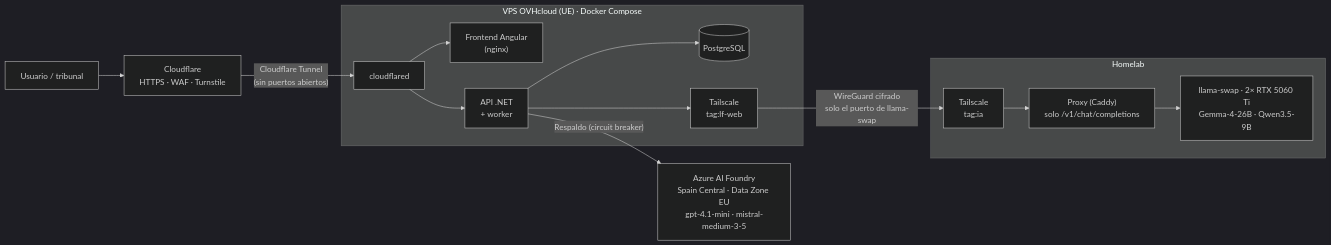
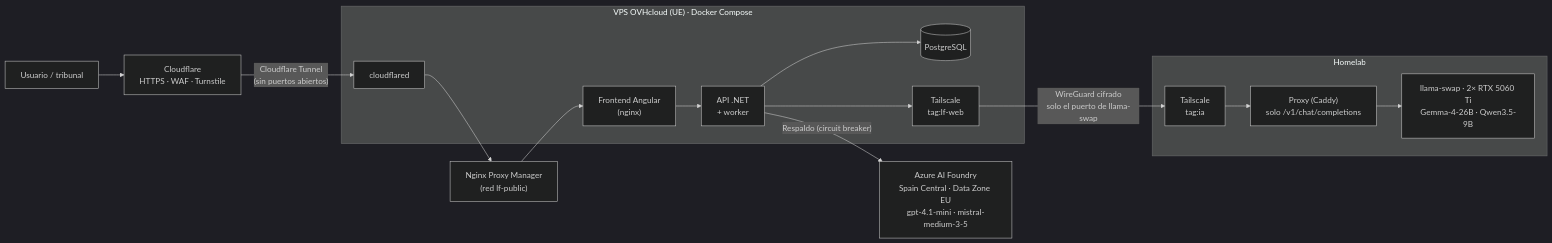
Before and after one commit to DavidMartinCasas/lectura-facil-ia: diagram 13 of 19 in docs/TFM-Lectura-Facil.md, drawn with Mermaid (dark theme). The commit also changed other lines of this file and 33 other files, not shown here.

````diff
--- a/docs/TFM-Lectura-Facil.md
+++ b/docs/TFM-Lectura-Facil.md
@@ -706,29 +706,30 @@
 ```mermaid
 flowchart LR
     user["Usuario / tribunal"] --> cf["Cloudflare<br/>HTTPS · WAF · Turnstile"]
     cf -- "Cloudflare Tunnel<br/>(sin puertos abiertos)" --> cfd
 
     subgraph ovh["VPS OVHcloud (UE) · Docker Compose"]
         cfd["cloudflared"]
         fe["Frontend Angular<br/>(nginx)"]
         be["API .NET<br/>+ worker"]
         pg[("PostgreSQL")]
         ts1["Tailscale<br/>tag:lf-web"]
     end
 
     subgraph homelab["Homelab"]
         ts2["Tailscale<br/>tag:ia"]
         px["Proxy (Caddy)<br/>solo /v1/chat/completions"]
         swap["llama-swap · 2× RTX 5060 Ti<br/>Gemma-4-26B · Qwen3.5-9B"]
     end
 
     azure["Azure AI Foundry<br/>Spain Central · Data Zone EU<br/>gpt-4.1-mini · mistral-medium-3-5"]
 
-    cfd --> fe
-    cfd --> be
+    cfd --> npm["Nginx Proxy Manager<br/>(red lf-public)"]
+    npm --> fe
+    fe --> be
     be --> pg
     be --> ts1
     ts1 -- "WireGuard cifrado<br/>solo el puerto de llama-swap" --> ts2
     ts2 --> px --> swap
     be -- "Respaldo (circuit breaker)" --> azure
 ```
````
